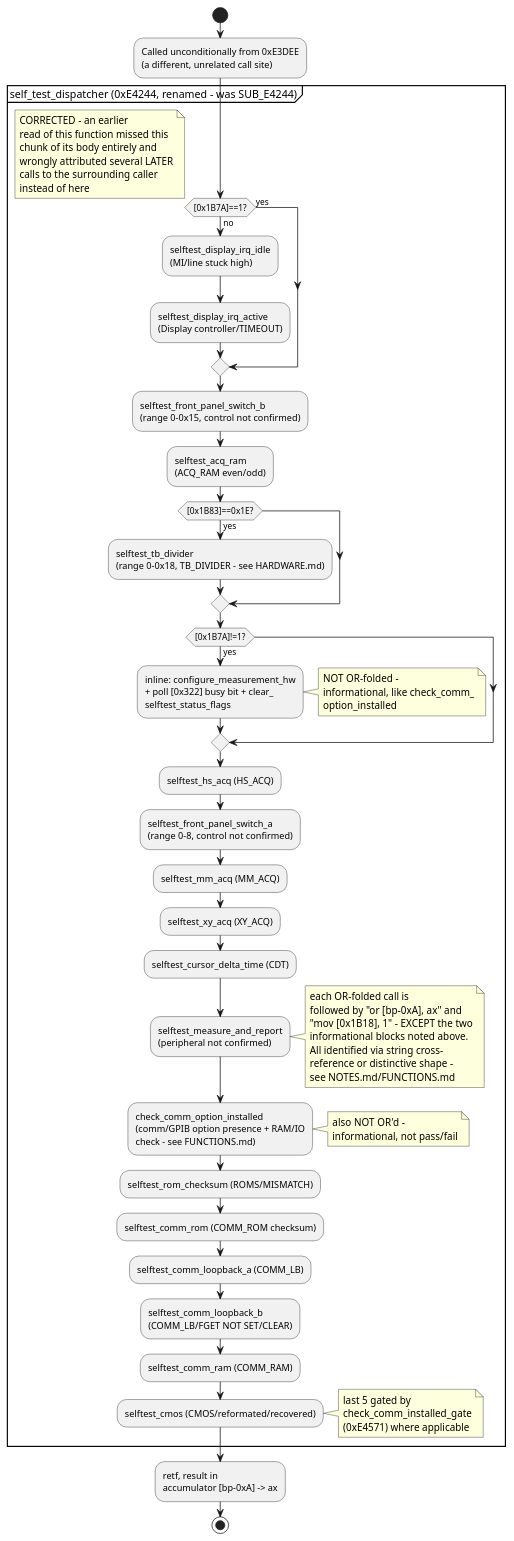
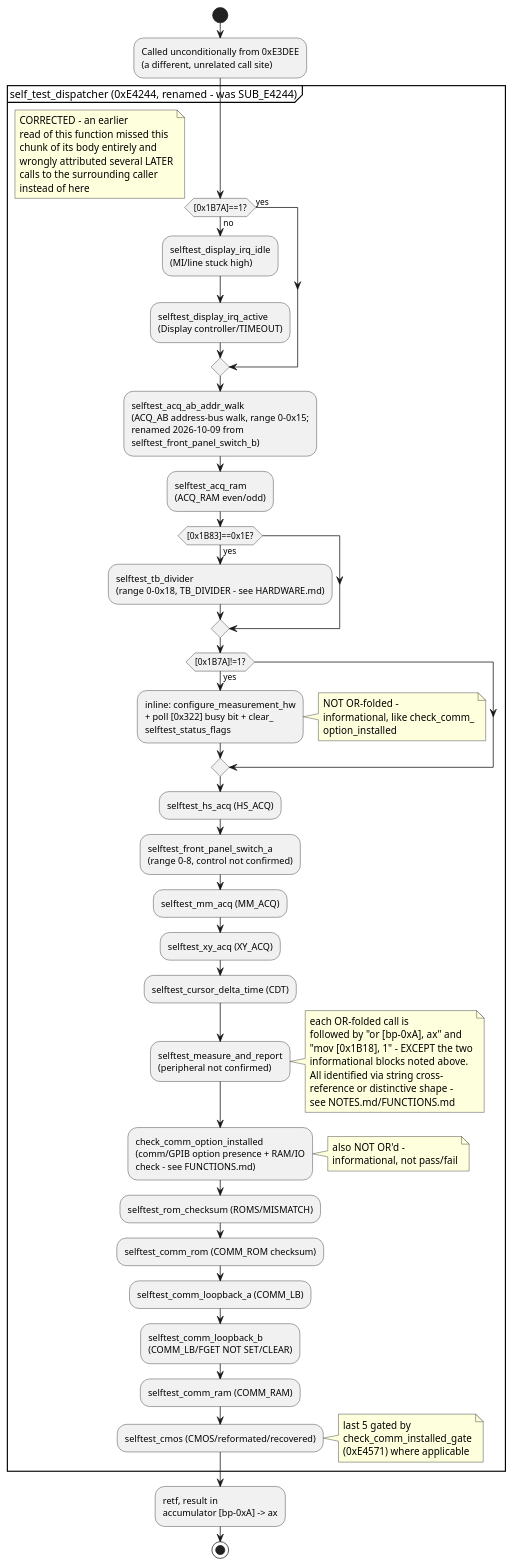
One commit to Mwwhited-BookLearning/tektronix-2230 changed the fourth of 6 diagrams in JUMP_MAP.md. Above: the diagram before and after it, drawn with PlantUML. The commit also changed 14 other files, not shown here.

````diff
--- a/JUMP_MAP.md
+++ b/JUMP_MAP.md
@@ -107,48 +107,48 @@
 ```plantuml
 @startuml
 start
 :Called unconditionally from 0xE3DEE\n(a different, unrelated call site);
 
 partition "self_test_dispatcher (0xE4244, renamed - was SUB_E4244)" {
   if ([0x1B7A]==1?) then (yes)
   else (no)
     :selftest_display_irq_idle\n(MI/line stuck high);
     :selftest_display_irq_active\n(Display controller/TIMEOUT);
   endif
   note right: CORRECTED - an earlier\nread of this function missed this\nchunk of its body entirely and\nwrongly attributed several LATER\ncalls to the surrounding caller\ninstead of here
 
-  :selftest_front_panel_switch_b\n(range 0-0x15, control not confirmed);
+  :selftest_acq_ab_addr_walk\n(ACQ_AB address-bus walk, range 0-0x15;\nrenamed 2026-10-09 from\nselftest_front_panel_switch_b);
   :selftest_acq_ram\n(ACQ_RAM even/odd);
 
   if ([0x1B83]==0x1E?) then (yes)
     :selftest_tb_divider\n(range 0-0x18, TB_DIVIDER - see HARDWARE.md);
   endif
 
   if ([0x1B7A]!=1?) then (yes)
     :inline: configure_measurement_hw\n+ poll [0x322] busy bit + clear_\nselftest_status_flags;
     note right: NOT OR-folded -\ninformational, like check_comm_\noption_installed
   endif
 
   :selftest_hs_acq (HS_ACQ);
   :selftest_front_panel_switch_a\n(range 0-8, control not confirmed);
   :selftest_mm_acq (MM_ACQ);
   :selftest_xy_acq (XY_ACQ);
   :selftest_cursor_delta_time (CDT);
   :selftest_measure_and_report\n(peripheral not confirmed);
   note right: each OR-folded call is\nfollowed by "or [bp-0xA], ax" and\n"mov [0x1B18], 1" - EXCEPT the two\ninformational blocks noted above.\nAll identified via string cross-\nreference or distinctive shape -\nsee NOTES.md/FUNCTIONS.md
 
   :check_comm_option_installed\n(comm/GPIB option presence + RAM/IO\ncheck - see FUNCTIONS.md);
   note right: also NOT OR'd -\ninformational, not pass/fail
 
   :selftest_rom_checksum (ROMS/MISMATCH);
   :selftest_comm_rom (COMM_ROM checksum);
   :selftest_comm_loopback_a (COMM_LB);
   :selftest_comm_loopback_b\n(COMM_LB/FGET NOT SET/CLEAR);
   :selftest_comm_ram (COMM_RAM);
   :selftest_cmos (CMOS/reformated/recovered);
   note right: last 5 gated by\ncheck_comm_installed_gate\n(0xE4571) where applicable
 }
 :retf, result in\naccumulator [bp-0xA] -> ax;
 stop
 @enduml
 ```
````
